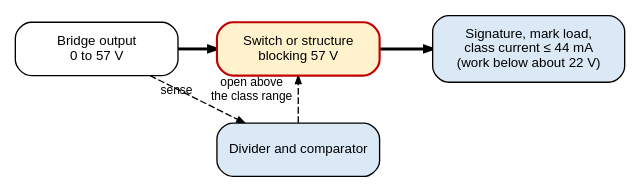
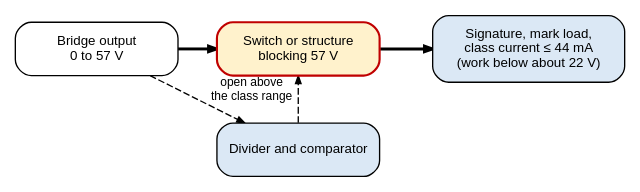
Before and after one commit to mithro/evampire: the diagram in docs/power/poe/sig-blocking.dot, drawn with Graphviz. The commit also changed 6 other files, not shown here.

Commit message:
Narrow the timing diagrams and fix overlapping labels

```diff
--- a/docs/power/poe/sig-blocking.dot
+++ b/docs/power/poe/sig-blocking.dot
@@ -1,26 +1,26 @@
 // A switch that blocks 57 V ahead of the low-voltage signature, mark-load
 // and class circuits of an on-chip powered device. From hv-options.rst.
 //
 // Fill colours: high-voltage part #fff2cc with a red outline, low-voltage
 // circuits #dbe8f5. Bold edges carry power. Fixed grid (inches).
 //
 // SPDX-License-Identifier: Apache-2.0
 
 digraph sig_blocking {
     graph [layout=neato, splines=false, overlap=true, outputorder=edgesfirst,
            fontname="Helvetica"];
     node  [shape=box, style="rounded,filled", fontname="Helvetica",
            fontsize=10, width=1.7, height=0.55, fixedsize=true];
     edge  [fontname="Helvetica", fontsize=9, arrowsize=0.6];
 
     vin  [pos="0.9,1.3!", label="Bridge output\n0 to 57 V", fillcolor="#ffffff"];
     blk  [pos="3.0,1.3!", label="Switch or structure\nblocking 57 V", fillcolor="#fff2cc",
           color="#c00000", penwidth=1.6];
     lv   [pos="5.4,1.3!", label="Signature, mark load,\nclass current ≤ 44 mA\n(work below about 22 V)",
           fillcolor="#dbe8f5", width=2.0, height=0.7];
     cmp  [pos="3.0,0.25!", label="Divider and comparator", fillcolor="#dbe8f5"];
     vin -> blk [penwidth=2.2];
     blk -> lv  [penwidth=2.2];
-    vin -> cmp [style=dashed, label="sense"];
+    vin -> cmp [style=dashed];
     cmp -> blk [style=dashed, label="open above\nthe class range"];
 }
```
